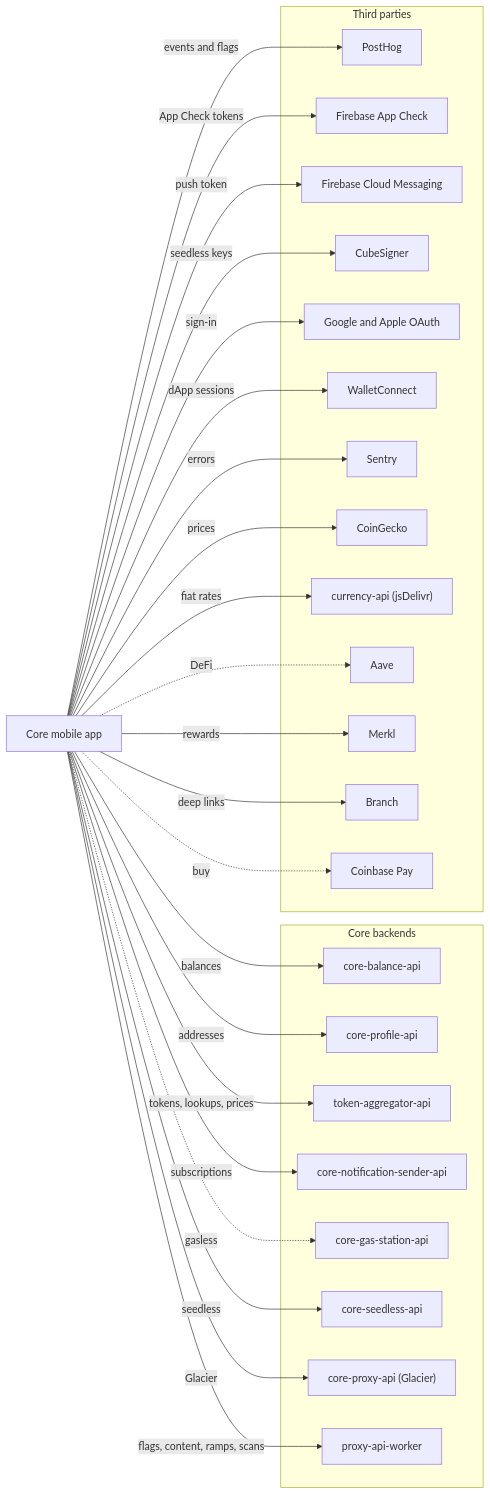
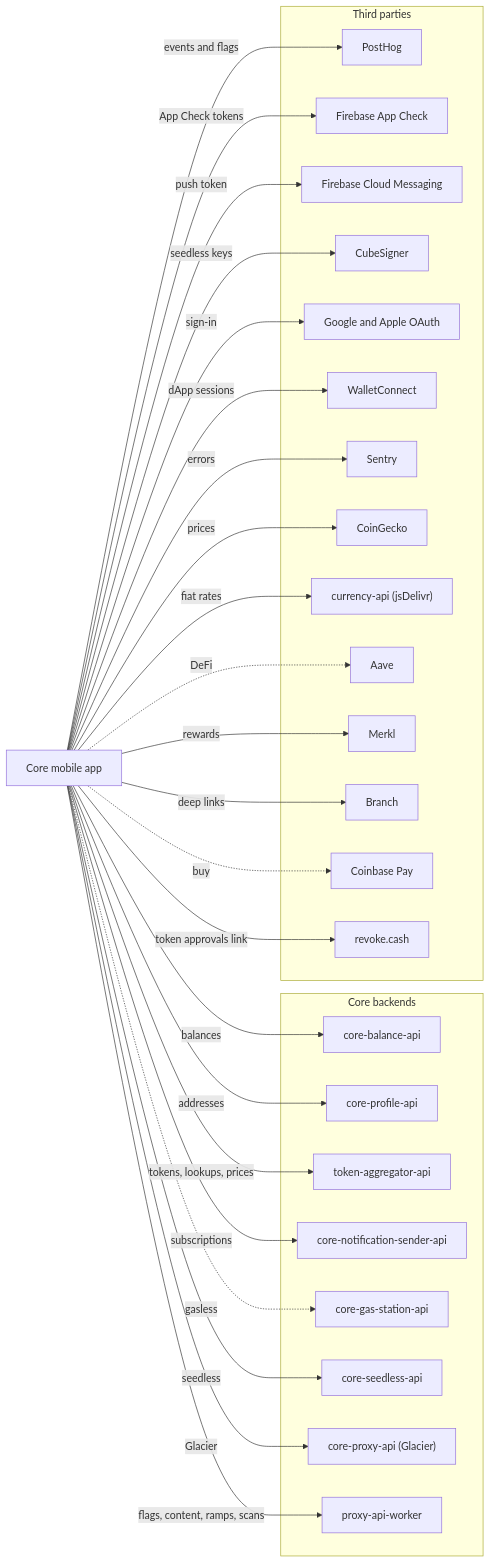
The diagram in docs/index.md (ava-labs/core-mobile), drawn with Mermaid before and after one commit. The commit also changed other lines of this file and 5 other files, not shown here.

First line of the commit message:
CP-13184: Link to revoke.cash for token approvals

````diff
--- a/docs/index.md
+++ b/docs/index.md
@@ -24,53 +24,55 @@
 ```mermaid
 flowchart LR
     APP["Core mobile app"]
 
     subgraph CORE["Core backends"]
         BAL["core-balance-api"]
         PROF["core-profile-api"]
         TOK["token-aggregator-api"]
         NSS["core-notification-sender-api"]
         GAS["core-gas-station-api"]
         SEED["core-seedless-api"]
         PXC["core-proxy-api (Glacier)"]
         PXW["proxy-api-worker"]
     end
 
     subgraph TP["Third parties"]
         PH["PostHog"]
         FBAC["Firebase App Check"]
         FCM["Firebase Cloud Messaging"]
         CUBE["CubeSigner"]
         OAUTH["Google and Apple OAuth"]
         WC["WalletConnect"]
         SENT["Sentry"]
         CG["CoinGecko"]
         CUR["currency-api (jsDelivr)"]
         AAVE["Aave"]
         MERKL["Merkl"]
         BR["Branch"]
         CB["Coinbase Pay"]
+        RC["revoke.cash"]
     end
 
     APP -->|"balances"| BAL
     APP -->|"addresses"| PROF
     APP -->|"tokens, lookups, prices"| TOK
     APP -->|"subscriptions"| NSS
     APP -.->|"gasless"| GAS
     APP -->|"seedless"| SEED
     APP -->|"Glacier"| PXC
     APP -->|"flags, content, ramps, scans"| PXW
     APP -->|"App Check tokens"| FBAC
     APP -->|"push token"| FCM
     APP -->|"seedless keys"| CUBE
     APP -->|"sign-in"| OAUTH
     APP -->|"dApp sessions"| WC
     APP -->|"events and flags"| PH
     APP -->|"errors"| SENT
     APP -->|"prices"| CG
     APP -->|"fiat rates"| CUR
     APP -.->|"DeFi"| AAVE
     APP -->|"rewards"| MERKL
     APP -->|"deep links"| BR
     APP -.->|"buy"| CB
+    APP -->|"token approvals link"| RC
 ```
````
